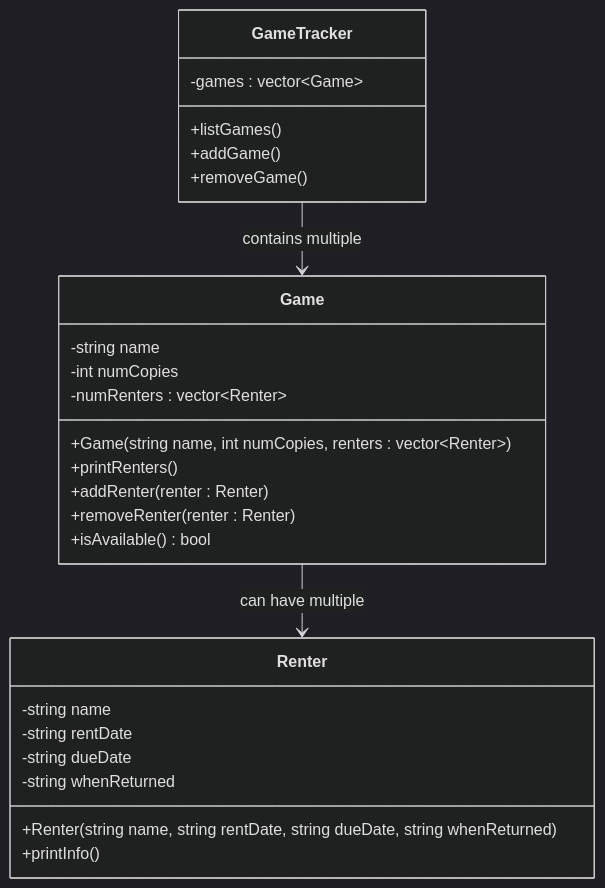
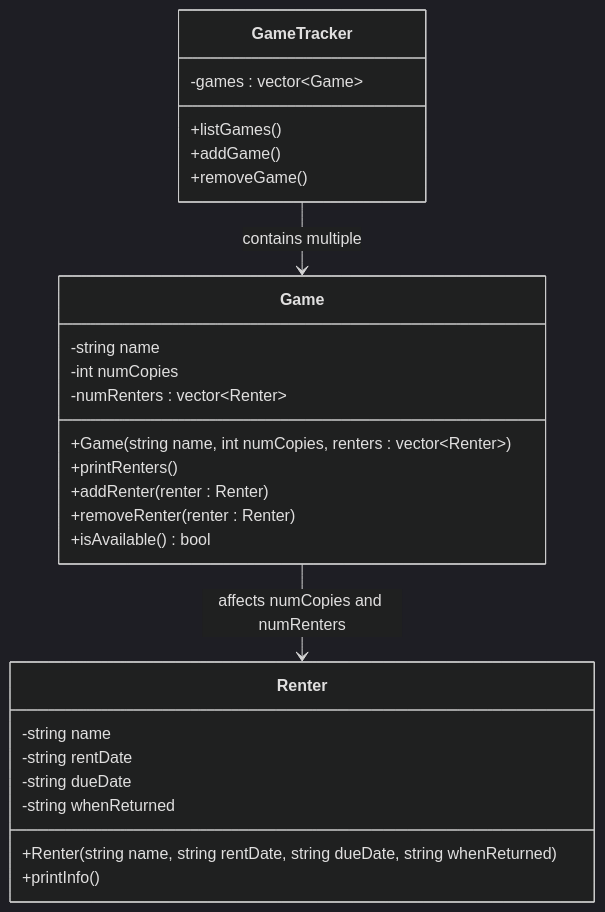
The diagram in practice/practice11/design.md (IsaacFredricks/cpsc2376-fredricks), drawn with Mermaid (dark theme) before and after one commit. The commit also changed other lines of this file, not shown here.

````diff
--- a/practice/practice11/design.md
+++ b/practice/practice11/design.md
@@ -54,36 +54,36 @@
 ```mermaid
 classDiagram
     class GameTracker {
         -games : vector~Game~
 
         +listGames()
         +addGame()
         +removeGame()
     }
 
     class Game {
         -string name
         -int numCopies
         -numRenters : vector~Renter~
 
         +Game(string name, int numCopies, renters : vector~Renter~)
         +printRenters()
         +addRenter(renter : Renter)
         +removeRenter(renter : Renter)
         +isAvailable() bool
     }
 
     class Renter{
         -string name
         -string rentDate
         -string dueDate
         -string whenReturned
 
 
         +Renter(string name, string rentDate, string dueDate, string whenReturned)
         +printInfo()
     }
 
 GameTracker --> Game : contains multiple
-Game --> Renter : can have multiple
+Game --> Renter : affects numCopies and numRenters
 ```
````
